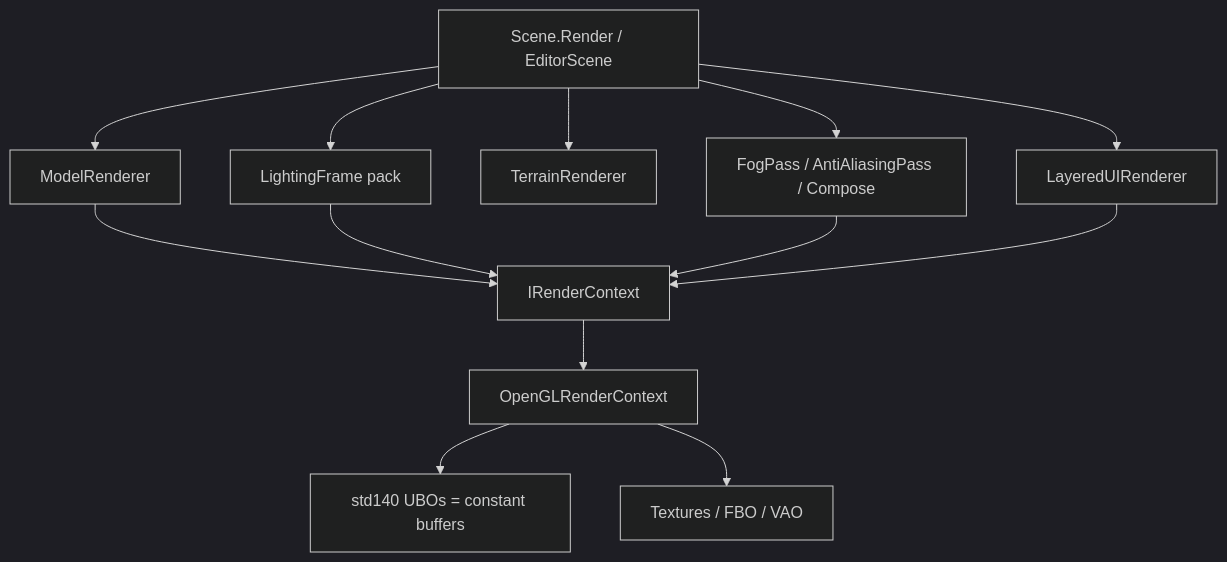
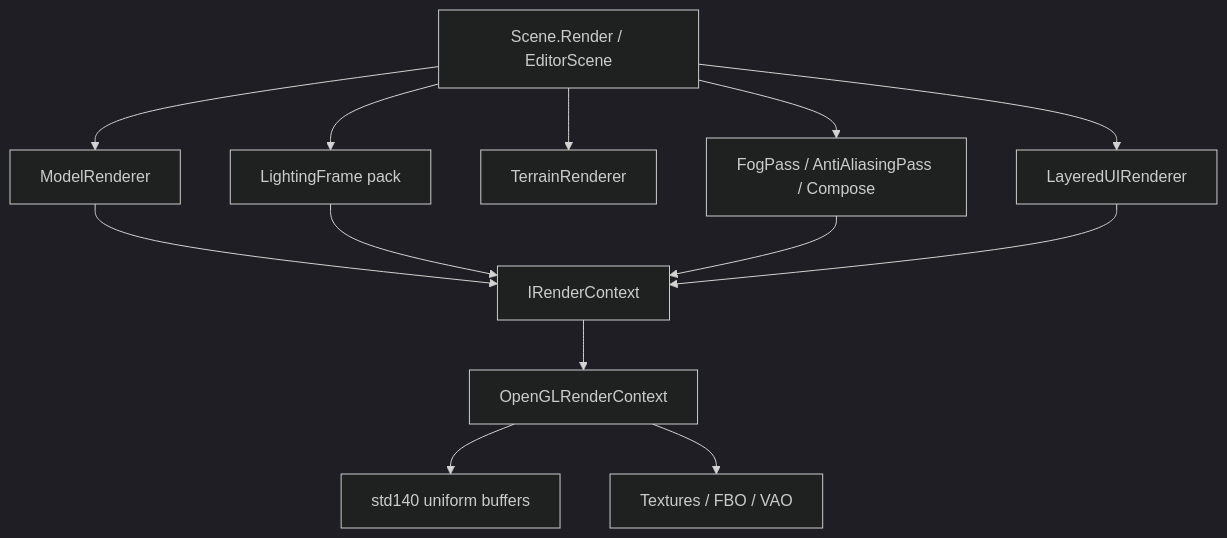
Before and after one commit to ireakhavok/Castle: the first of 4 diagrams in docs/RENDERING.md, drawn with Mermaid. The commit also changed other lines of this file and 6 other files, not shown here.

````diff
--- a/docs/RENDERING.md
+++ b/docs/RENDERING.md
@@ -5,17 +5,17 @@
 ```mermaid
 %%{init: {'theme':'dark'}}%%
 flowchart TB
   Scene[Scene.Render / EditorScene]
   Scene --> LF[LightingFrame pack]
   Scene --> MR[ModelRenderer]
   Scene --> TR[TerrainRenderer]
   Scene --> PP[FogPass / AntiAliasingPass / Compose]
   Scene --> UI[LayeredUIRenderer]
   MR --> CTX[IRenderContext]
   LF --> CTX
   PP --> CTX
   UI --> CTX
   CTX --> GL[OpenGLRenderContext]
-  GL --> UBO["std140 UBOs = constant buffers"]
+  GL --> UBO[std140 uniform buffers]
   GL --> TEX[Textures / FBO / VAO]
 ```
````
